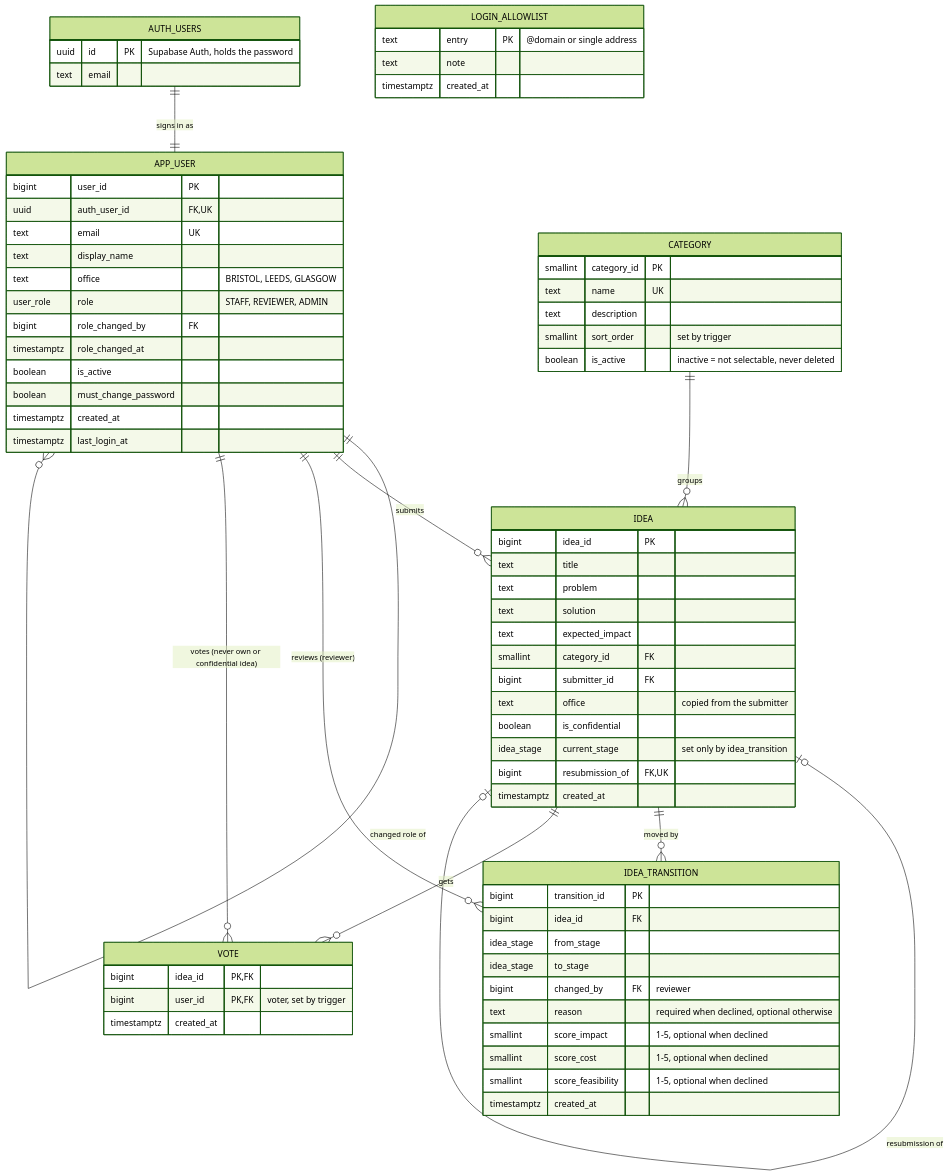
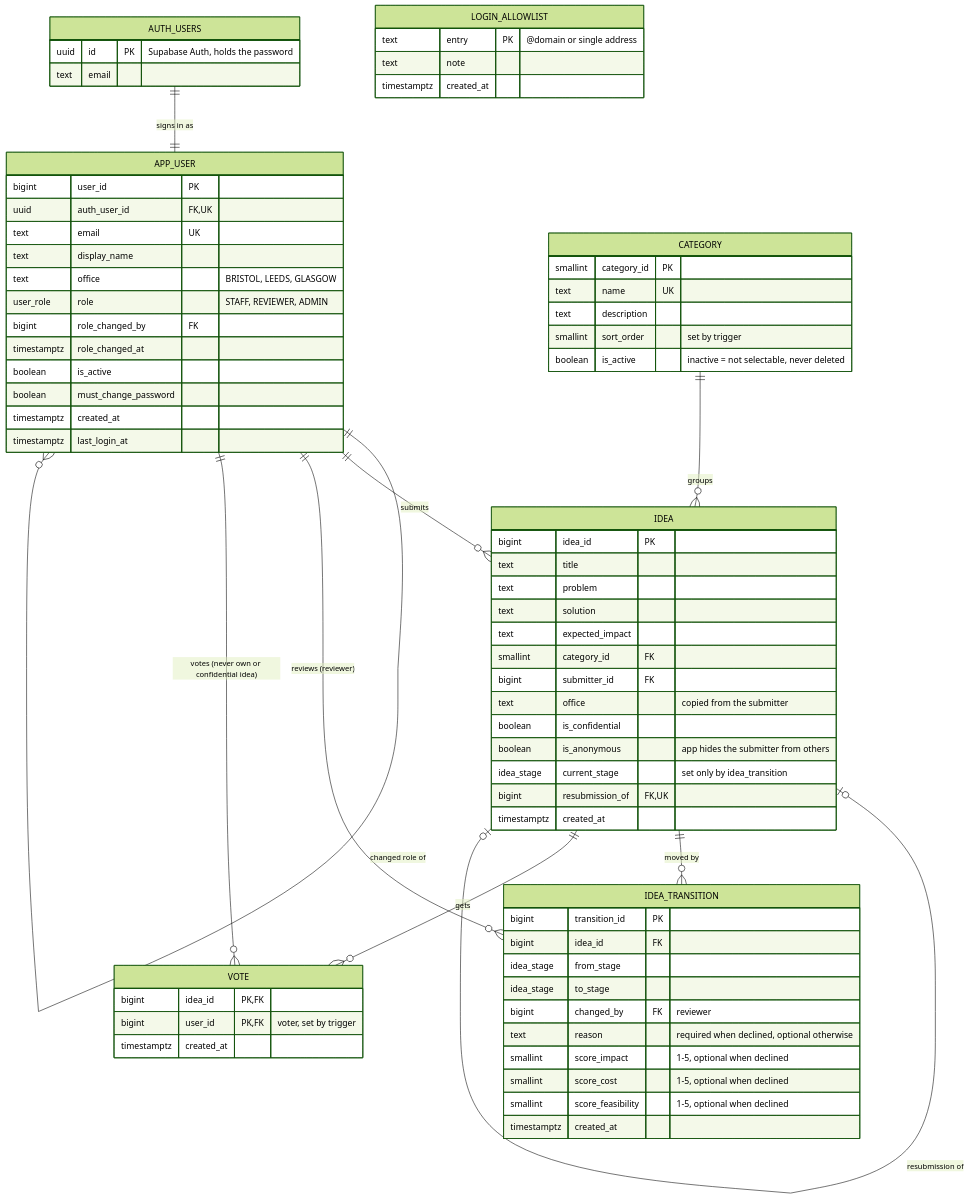
One commit to mistakanista/ideaforge changed the diagram in design/DataModel/Implemented-Datamodel/dataModel.md. Above: the diagram before and after it, drawn with Mermaid (forest theme). The commit also changed other lines of this file and 5 other files, not shown here.

````diff
--- a/design/DataModel/Implemented-Datamodel/dataModel.md
+++ b/design/DataModel/Implemented-Datamodel/dataModel.md
@@ -10,74 +10,75 @@
 ```mermaid
 erDiagram
     AUTH_USERS ||--|| APP_USER : "signs in as"
     APP_USER ||--o{ APP_USER : "changed role of"
     APP_USER ||--o{ IDEA : submits
     CATEGORY ||--o{ IDEA : groups
     IDEA |o--o| IDEA : "resubmission of"
     IDEA ||--o{ IDEA_TRANSITION : "moved by"
     APP_USER ||--o{ IDEA_TRANSITION : "reviews (reviewer)"
     IDEA ||--o{ VOTE : "gets"
     APP_USER ||--o{ VOTE : "votes (never own or confidential idea)"
 
     AUTH_USERS {
         uuid id PK "Supabase Auth, holds the password"
         text email
     }
     APP_USER {
         bigint user_id PK
         uuid auth_user_id FK,UK
         text email UK
         text display_name
         text office "BRISTOL, LEEDS, GLASGOW"
         user_role role "STAFF, REVIEWER, ADMIN"
         bigint role_changed_by FK
         timestamptz role_changed_at
         boolean is_active
         boolean must_change_password
         timestamptz created_at
         timestamptz last_login_at
     }
     LOGIN_ALLOWLIST {
         text entry PK "@domain or single address"
         text note
         timestamptz created_at
     }
     CATEGORY {
         smallint category_id PK
         text name UK
         text description
         smallint sort_order "set by trigger"
         boolean is_active "inactive = not selectable, never deleted"
     }
     IDEA {
         bigint idea_id PK
         text title
         text problem
         text solution
         text expected_impact
         smallint category_id FK
         bigint submitter_id FK
         text office "copied from the submitter"
         boolean is_confidential
+        boolean is_anonymous "app hides the submitter from others"
         idea_stage current_stage "set only by idea_transition"
         bigint resubmission_of FK,UK
         timestamptz created_at
     }
     IDEA_TRANSITION {
         bigint transition_id PK
         bigint idea_id FK
         idea_stage from_stage
         idea_stage to_stage
         bigint changed_by FK "reviewer"
         text reason "required when declined, optional otherwise"
         smallint score_impact "1-5, optional when declined"
         smallint score_cost "1-5, optional when declined"
         smallint score_feasibility "1-5, optional when declined"
         timestamptz created_at
     }
     VOTE {
         bigint idea_id PK,FK
         bigint user_id PK,FK "voter, set by trigger"
         timestamptz created_at
     }
 ```
````
